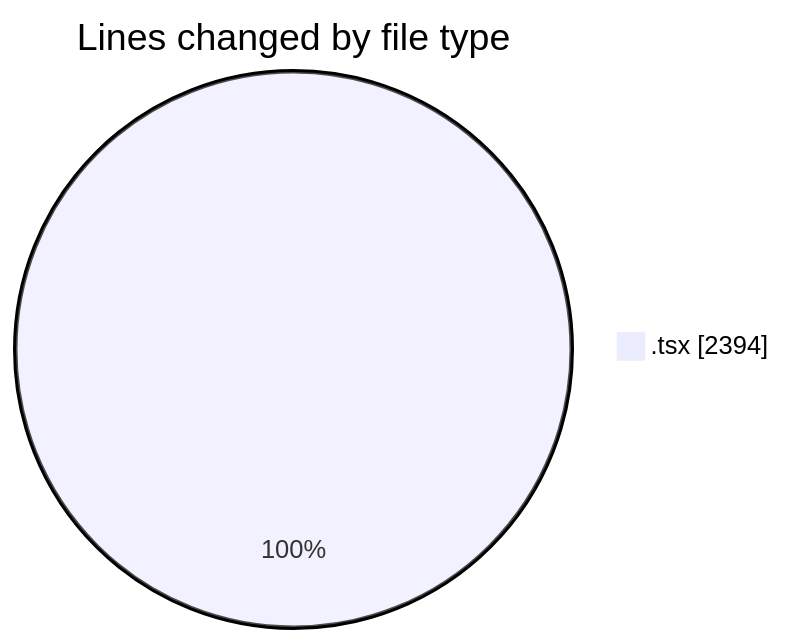
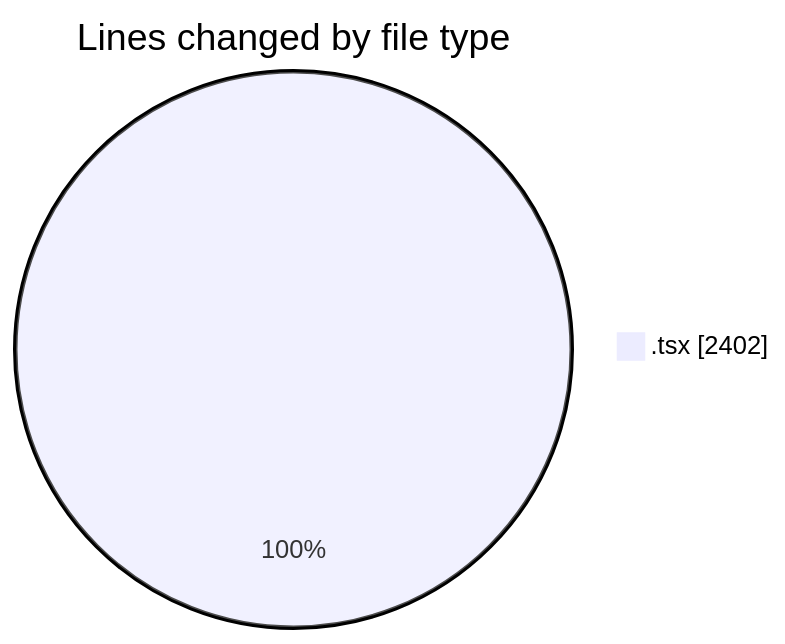
Before and after one commit to momahboobian/code-tracking: the first of 2 diagrams in 2025-11-17/cda/README.md, drawn with Mermaid. The commit also changed other lines of this file and 1 other file, not shown here.

````diff
--- a/2025-11-17/cda/README.md
+++ b/2025-11-17/cda/README.md
@@ -20,5 +20,5 @@
 ```mermaid
 pie showData
 title Lines changed by file type
-".tsx" : 2394
+".tsx" : 2402
 ```
````
